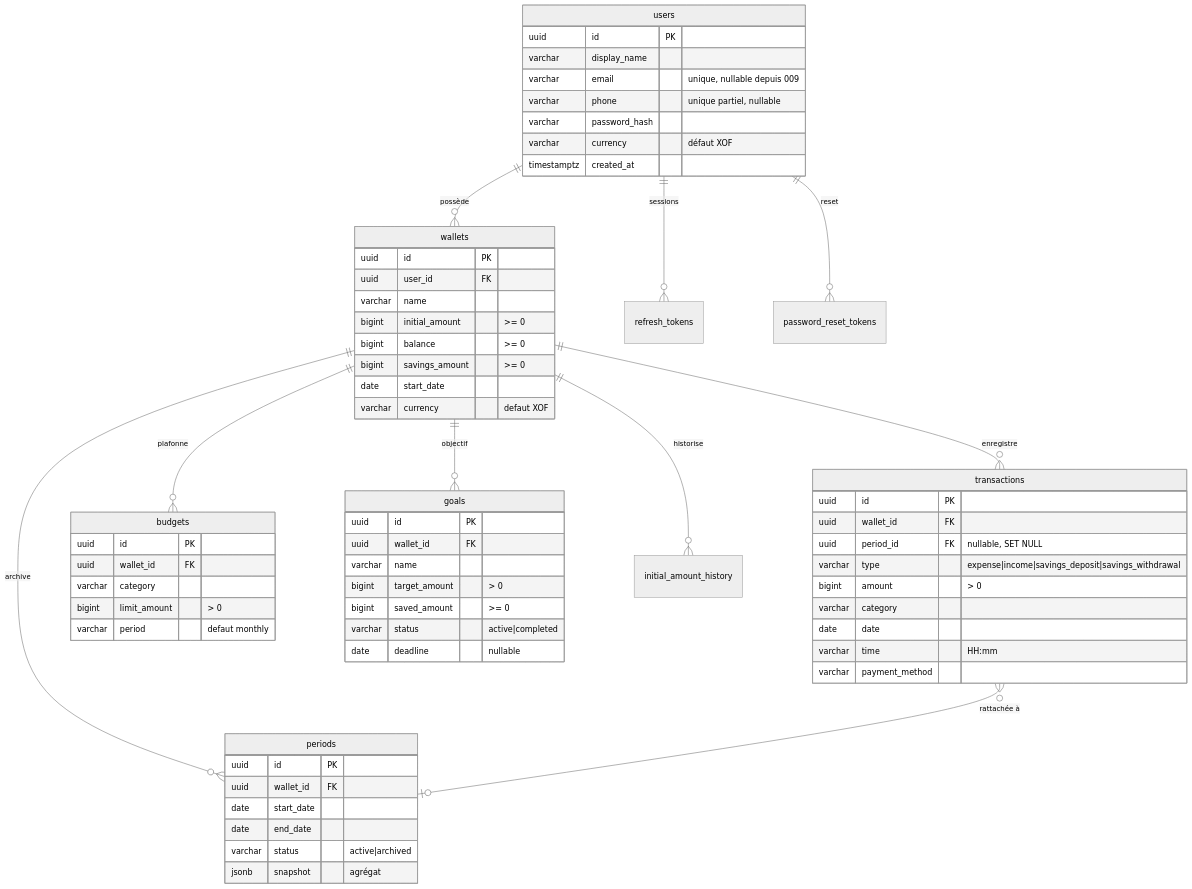
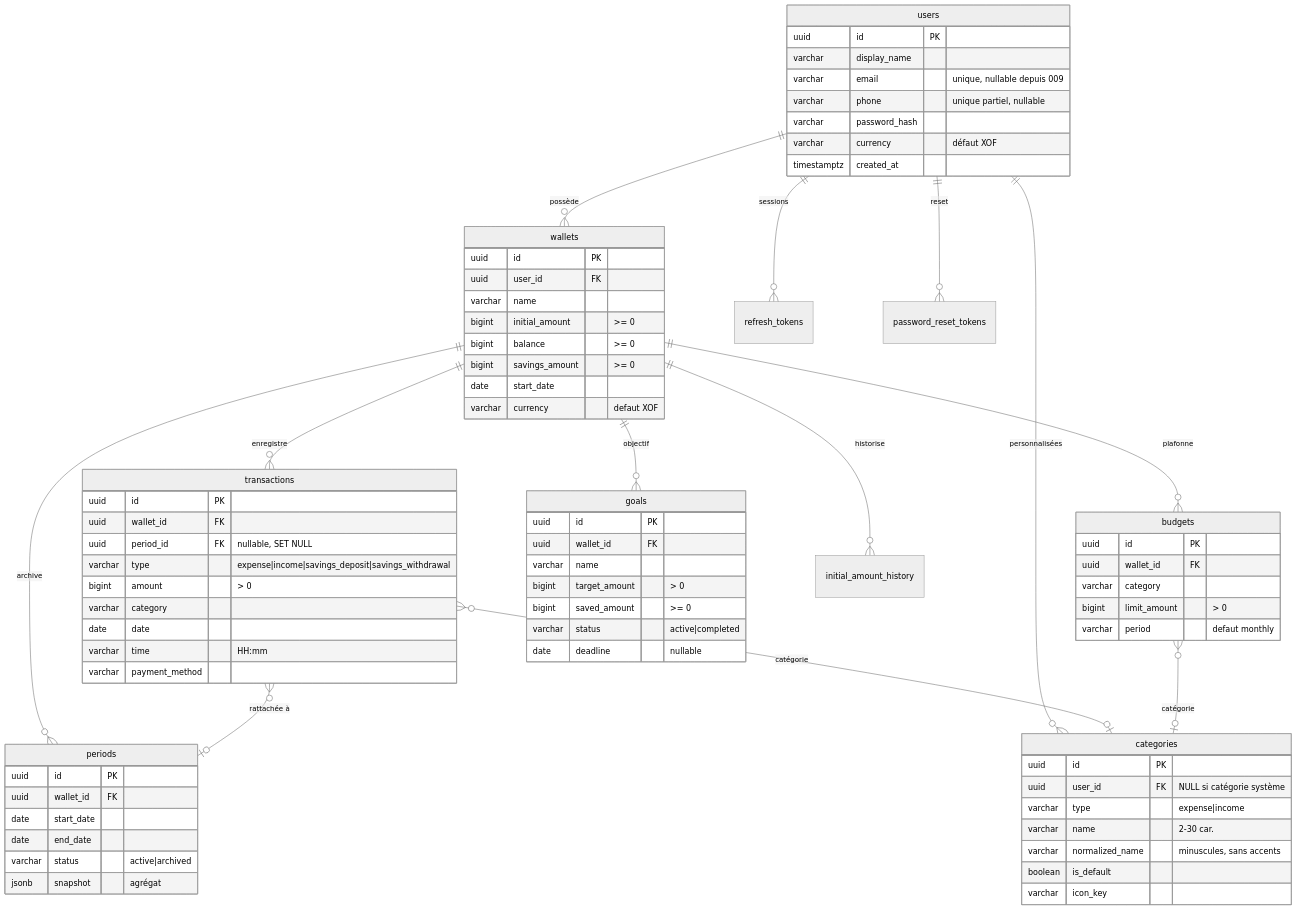
Before and after one commit to projet-sit/Mybudjet: the diagram in docs/modele-de-donnees.md, drawn with Mermaid (neutral theme). The commit also changed other lines of this file and 79 other files, not shown here.

````diff
--- a/docs/modele-de-donnees.md
+++ b/docs/modele-de-donnees.md
@@ -20,67 +20,80 @@
 ```mermaid
 erDiagram
   users ||--o{ wallets : "possède"
   users ||--o{ refresh_tokens : "sessions"
   users ||--o{ password_reset_tokens : "reset"
+  users ||--o{ categories : "personnalisées"
   wallets ||--o{ transactions : "enregistre"
   wallets ||--o{ budgets : "plafonne"
   wallets ||--o{ periods : "archive"
   wallets ||--o{ goals : "objectif"
   wallets ||--o{ initial_amount_history : "historise"
   transactions }o--o| periods : "rattachée à"
+  transactions }o--o| categories : "catégorie"
+  budgets }o--o| categories : "catégorie"
+
+  categories {
+    uuid id PK
+    uuid user_id FK "NULL si catégorie système"
+    varchar type "expense|income"
+    varchar name "2-30 car."
+    varchar normalized_name "minuscules, sans accents"
+    boolean is_default
+    varchar icon_key
+  }
 
   users {
     uuid id PK
     varchar display_name
     varchar email "unique, nullable depuis 009"
     varchar phone "unique partiel, nullable"
     varchar password_hash
     varchar currency "défaut XOF"
     timestamptz created_at
   }
   wallets {
     uuid id PK
     uuid user_id FK
     varchar name
     bigint initial_amount ">= 0"
     bigint balance ">= 0"
     bigint savings_amount ">= 0"
     date start_date
     varchar currency "defaut XOF"
   }
   transactions {
     uuid id PK
     uuid wallet_id FK
     uuid period_id FK "nullable, SET NULL"
     varchar type "expense|income|savings_deposit|savings_withdrawal"
     bigint amount "> 0"
     varchar category
     date date
     varchar time "HH:mm"
     varchar payment_method
   }
   budgets {
     uuid id PK
     uuid wallet_id FK
     varchar category
     bigint limit_amount "> 0"
     varchar period "defaut monthly"
   }
   periods {
     uuid id PK
     uuid wallet_id FK
     date start_date
     date end_date
     varchar status "active|archived"
     jsonb snapshot "agrégat"
   }
   goals {
     uuid id PK
     uuid wallet_id FK
     varchar name
     bigint target_amount "> 0"
     bigint saved_amount ">= 0"
     varchar status "active|completed"
     date deadline "nullable"
   }
 ```
````
